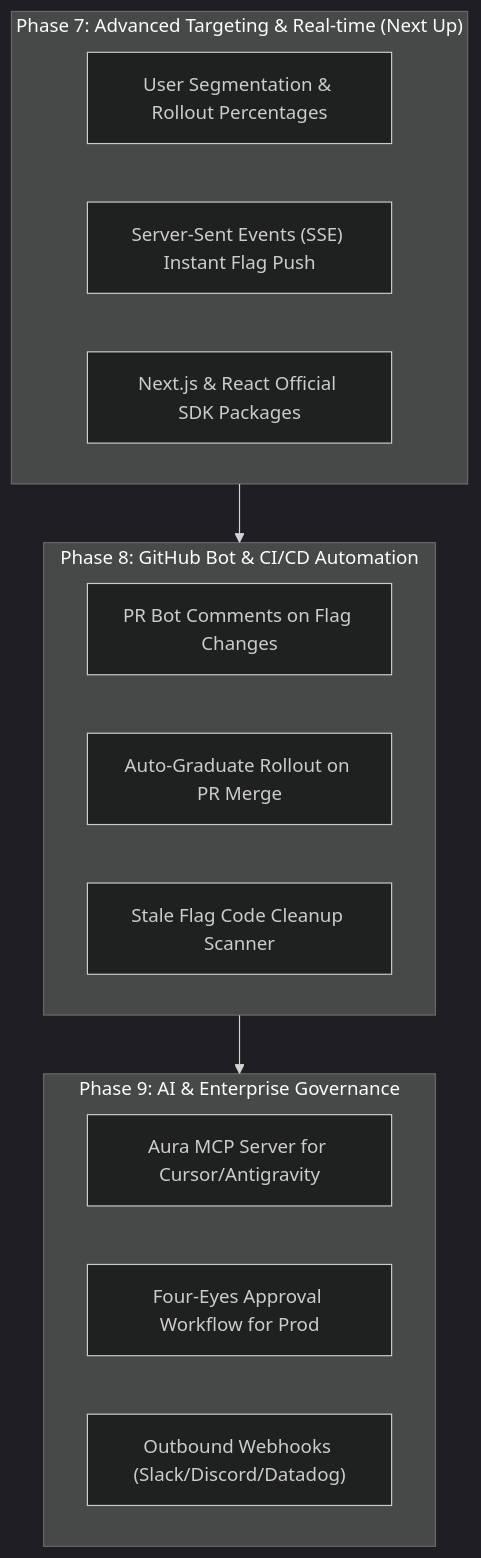
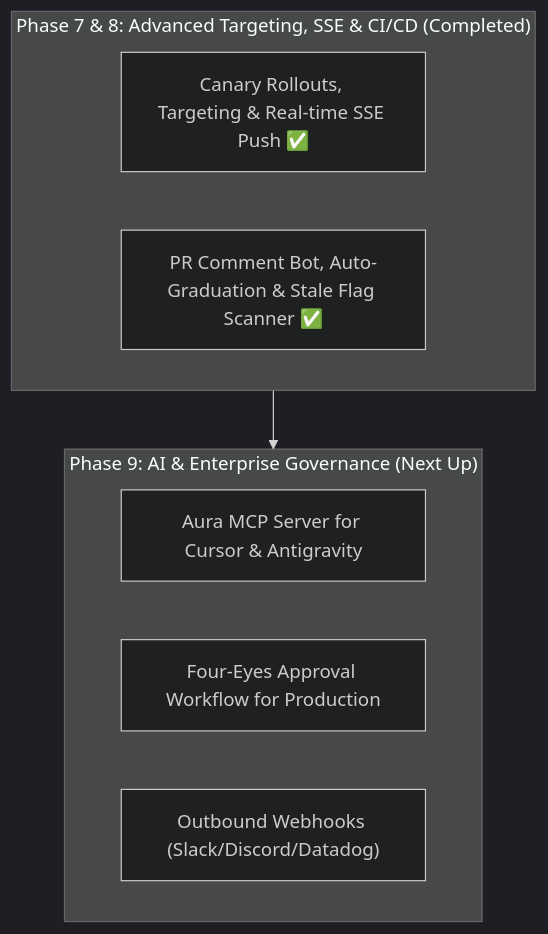
The third of 3 diagrams in PROJECT_ROADMAP_AND_PROGRESS.md (sgavankar43/Aura-spring-), drawn with Mermaid (dark theme) before and after one commit. The commit also changed other lines of this file and 24 other files, not shown here.

Commit message:
feat: implement Phase 8 - GitHub PR bot, merge auto-graduation, and stale flag scanner

````diff
--- a/PROJECT_ROADMAP_AND_PROGRESS.md
+++ b/PROJECT_ROADMAP_AND_PROGRESS.md
@@ -145,22 +169,15 @@
 ```mermaid
 flowchart TD
-    subgraph NearTerm["Phase 7: Advanced Targeting & Real-time (Next Up)"]
-        P7A["User Segmentation & Rollout Percentages"]
-        P7B["Server-Sent Events (SSE) Instant Flag Push"]
-        P7C["Next.js & React Official SDK Packages"]
+    subgraph NearTerm["Phase 7 & 8: Advanced Targeting, SSE & CI/CD (Completed)"]
+        P7["Canary Rollouts, Targeting & Real-time SSE Push ✅"]
+        P8["PR Comment Bot, Auto-Graduation & Stale Flag Scanner ✅"]
     end
 
-    subgraph MidTerm["Phase 8: GitHub Bot & CI/CD Automation"]
-        P8A["PR Bot Comments on Flag Changes"]
-        P8B["Auto-Graduate Rollout on PR Merge"]
-        P8C["Stale Flag Code Cleanup Scanner"]
-    end
-
-    subgraph LongTerm["Phase 9: AI & Enterprise Governance"]
-        P9A["Aura MCP Server for Cursor/Antigravity"]
-        P9B["Four-Eyes Approval Workflow for Prod"]
+    subgraph LongTerm["Phase 9: AI & Enterprise Governance (Next Up)"]
+        P9A["Aura MCP Server for Cursor & Antigravity"]
+        P9B["Four-Eyes Approval Workflow for Production"]
         P9C["Outbound Webhooks (Slack/Discord/Datadog)"]
     end
 
-    NearTerm --> MidTerm --> LongTerm
+    NearTerm --> LongTerm
 ```
````
